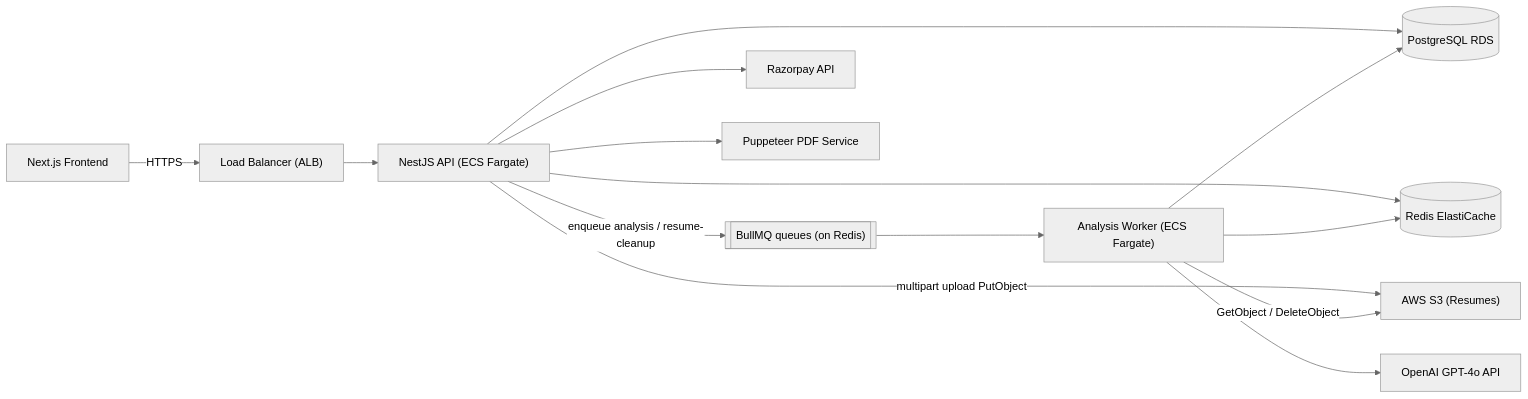
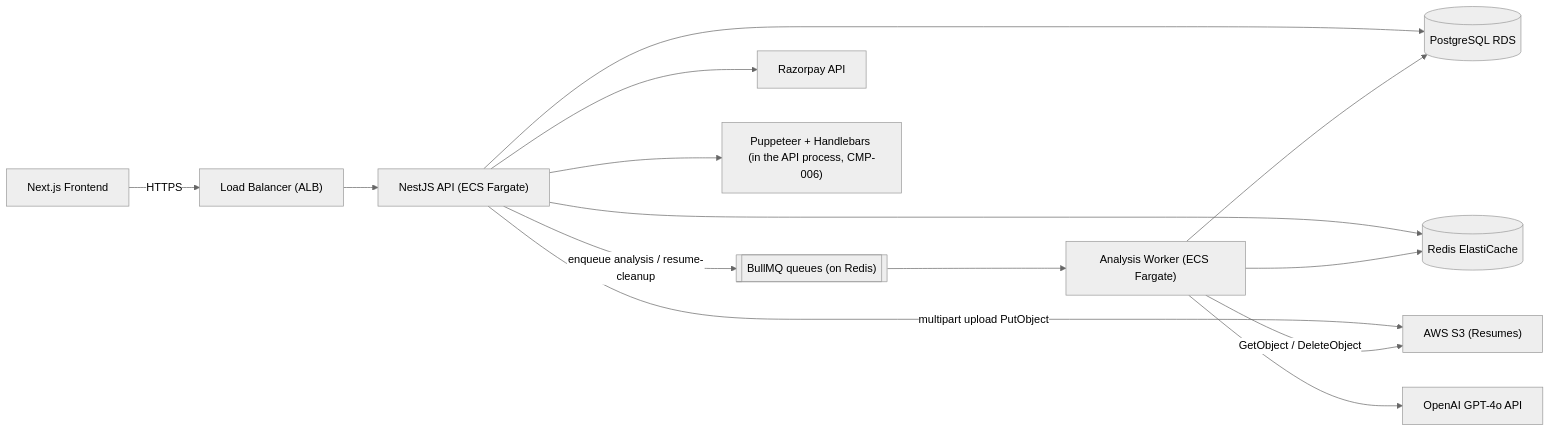
Before and after one commit to divii-school/spec-homework: the first of 6 diagrams in sovan/spec.md, drawn with Mermaid (neutral theme). The commit also changed other lines of this file, not shown here.

Commit message:
docs(spec): v1.3 step 6 — §1.3 frontend contract (401 rule, polling, hosting) + per-environment config table, assumptions A-01..A-11, naming and consistency fixes (uuid fn, PDF node, jobRole shape, job-role uniqueness, NFR-002/005 wording)

````diff
--- a/sovan/spec.md
+++ b/sovan/spec.md
@@ -309,28 +350,28 @@
 ```mermaid
 flowchart LR
     Client["Next.js Frontend"]
     LB["Load Balancer (ALB)"]
     API["NestJS API (ECS Fargate)"]
     DB[(PostgreSQL RDS)]
     Cache[(Redis ElastiCache)]
     S3["AWS S3 (Resumes)"]
     Queue[["BullMQ queues (on Redis)"]]
     Worker["Analysis Worker (ECS Fargate)"]
     OpenAI["OpenAI GPT-4o API"]
     Razorpay["Razorpay API"]
-    Puppeteer["Puppeteer PDF Service"]
+    PDF["Puppeteer + Handlebars (in the API process, CMP-006)"]
 
     Client -->|HTTPS| LB
     LB --> API
     API --> DB
     API --> Cache
     API -->|multipart upload PutObject| S3
     API -->|enqueue analysis / resume-cleanup| Queue
     Queue --> Worker
     Worker --> DB
     Worker --> Cache
     Worker -->|GetObject / DeleteObject| S3
     Worker --> OpenAI
     API --> Razorpay
-    API --> Puppeteer
+    API --> PDF
 ```
````
